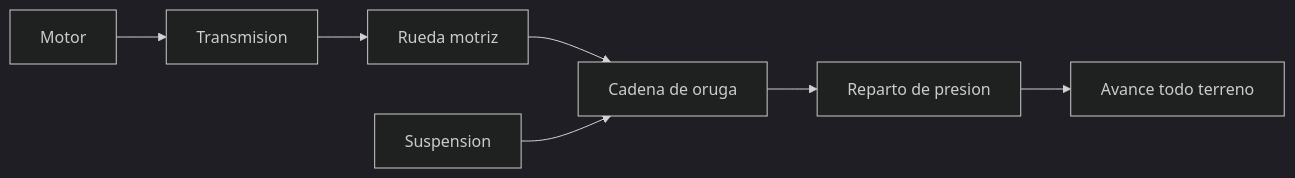
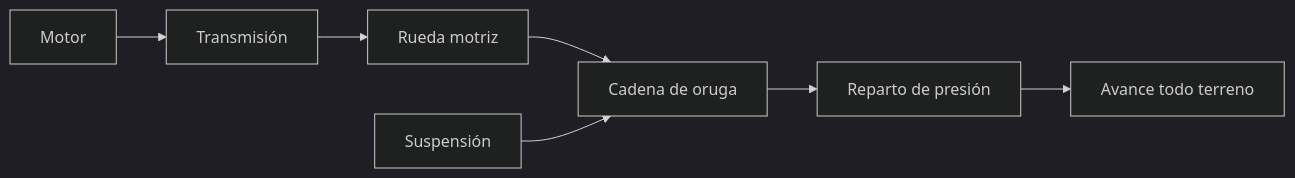
The diagram in vehiculos/tanques/recursos/recursos-tanque.md (vladimiracunadev-create/machine-operator-program), drawn with Mermaid (dark theme) before and after one commit. The commit also changed other lines of this file and 442 other files, not shown here.

````diff
--- a/vehiculos/tanques/recursos/recursos-tanque.md
+++ b/vehiculos/tanques/recursos/recursos-tanque.md
@@ -28,9 +28,9 @@
 ```mermaid
 flowchart LR
-    Motor[Motor] --> Trans[Transmision]
+    Motor[Motor] --> Trans[Transmisión]
     Trans --> Motriz[Rueda motriz]
     Motriz --> Oruga[Cadena de oruga]
-    Oruga --> Presion[Reparto de presion]
+    Oruga --> Presion[Reparto de presión]
     Presion --> Avance[Avance todo terreno]
-    Susp[Suspension] --> Oruga
+    Susp[Suspensión] --> Oruga
 ```
````
